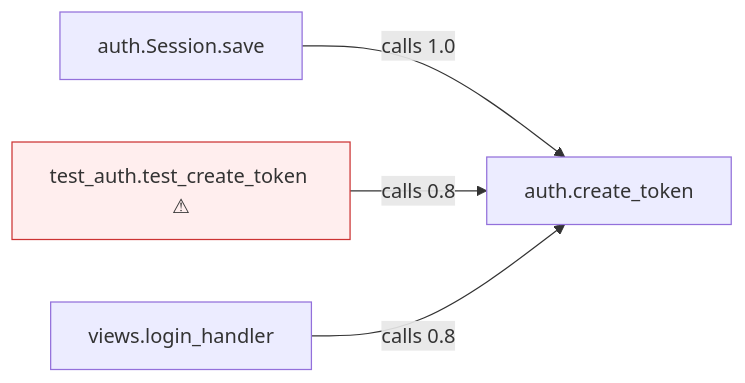
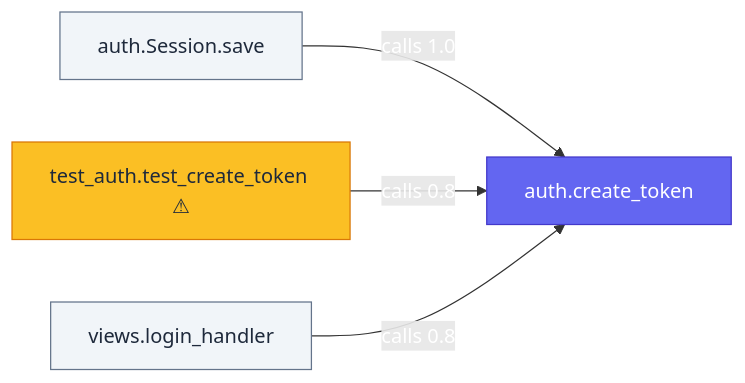
One commit to grewalsk/causal-graph-mcp changed the first of 2 diagrams in README.md. Above: the diagram before and after it, drawn with Mermaid. The commit also changed other lines of this file and 1 other file, not shown here.

Commit message:
style: improve mermaid color palette for readability
Indigo root/changed nodes, white text on colored backgrounds,
amber for test nodes, Tailwind-based palette works on light and dark.

````diff
--- a/README.md
+++ b/README.md
@@ -210,12 +210,14 @@
 ```mermaid
 graph LR
-    N0["auth.create_token"]
-    N1["auth.Session.save"]
+    N0["auth.create_token"]:::root
+    N1["auth.Session.save"]:::func
     N2["test_auth.test_create_token ⚠"]:::test
-    N3["views.login_handler"]
+    N3["views.login_handler"]:::func
     N1 -->|"calls 1.0"| N0
     N2 -->|"calls 0.8"| N0
     N3 -->|"calls 0.8"| N0
 
-    classDef test fill:#fee,stroke:#c33
+    classDef root fill:#6366f1,stroke:#4338ca,color:#fff
+    classDef func fill:#f1f5f9,stroke:#64748b,color:#1e293b
+    classDef test fill:#fbbf24,stroke:#d97706,color:#1e293b
 ```
````
